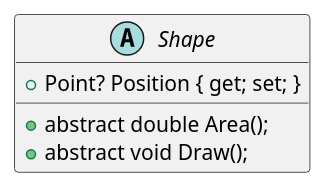
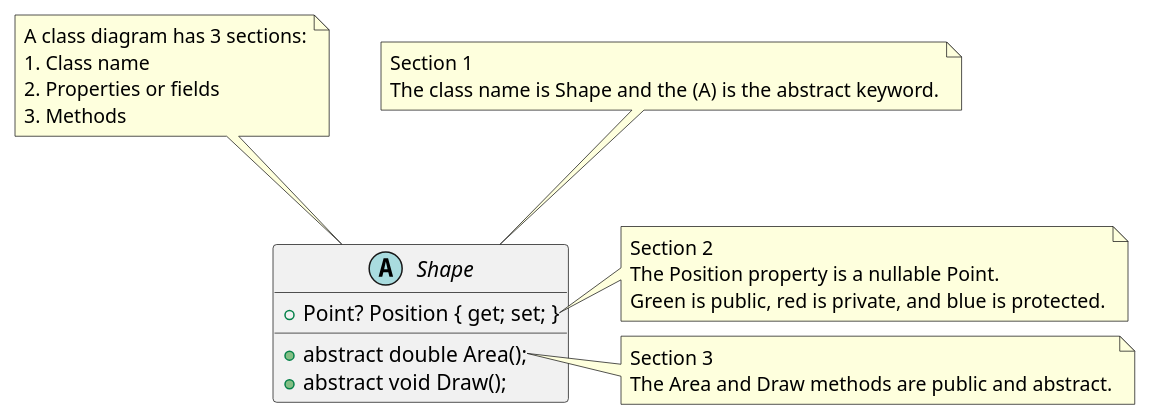
Before and after one commit to d-german/intro-uml: the diagram in intro-uml/Shape.puml, drawn with PlantUML. The commit also changed 3 other files, not shown here.

```diff
--- a/intro-uml/Shape.puml
+++ b/intro-uml/Shape.puml
@@ -1,9 +1,30 @@
 @startuml
 abstract class Shape 
 {
     + Point? Position { get; set; }
     + abstract double Area();
     + abstract void Draw();
 }
+note top of Shape
+    A class diagram has 3 sections:
+    1. Class name
+    2. Properties or fields
+    3. Methods  
+end note
 
+note top of Shape
+Section 1
+The class name is Shape and the (A) is the abstract keyword.
+end note
+
+note right of Shape::Point?
+Section 2
+The Position property is a nullable Point.
+Green is public, red is private, and blue is protected.
+end note
+
+note right of Shape::Area()
+Section 3
+The Area and Draw methods are public and abstract.
+end note
 @enduml
```
